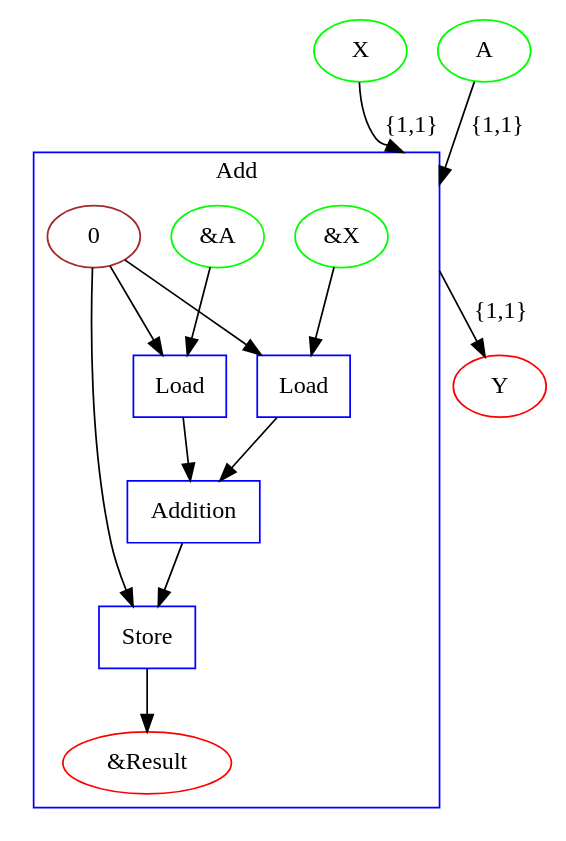
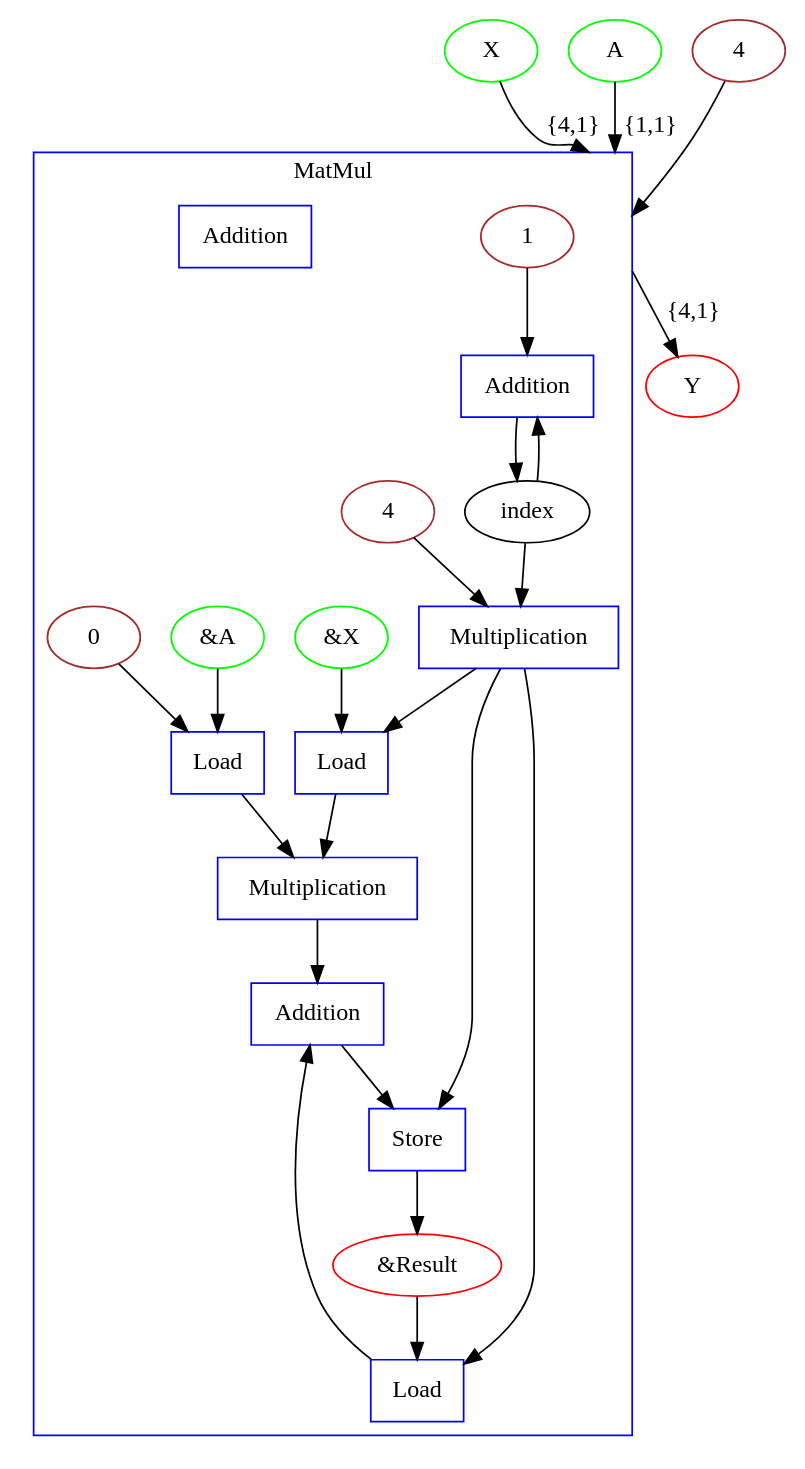
One commit to specs-feup/onnx-flow changed the diagram in graph.dot. Above: the diagram before and after it, drawn with Graphviz. The commit also changed 12 other files, not shown here.

Commit message:
Started to use the loop index instead of k to access the tensors memory positions in some optimizations

```diff
--- a/graph.dot
+++ b/graph.dot
@@ -1,31 +1,50 @@
 digraph {
   graph [compound=true];
   X [label=X shape=ellipse color="#00FF00"];
   A [label=A shape=ellipse color="#00FF00"];
   Y [label=Y shape=ellipse color="#FF0000"];
   subgraph cluster_0 {
-    graph [label=Add shape=box color="#0000FF"];
+    graph [label=MatMul shape=box color="#0000FF"];
     0 [shape=point style=invis];
+    addToIndexNode_0 [label=1 shape=ellipse color="#A52A2A"];
+    Index_0 [label=index shape=ellipse];
+    displacementInMemory_0 [label=4 shape=ellipse color="#A52A2A"];
+    Index0_0 [label=Multiplication shape=box color="#0000FF"];
+    Index1_0 [label=0 shape=ellipse color="#A52A2A"];
     X_0 [label="&X" shape=ellipse color="#00FF00"];
     A_0 [label="&A" shape=ellipse color="#00FF00"];
-    Add_0 [label="&Result" shape=ellipse color="#FF0000"];
+    MatMul_0 [label="&Result" shape=ellipse color="#FF0000"];
+    Multiplication4_0 [label=Multiplication shape=box color="#0000FF"];
+    Addition2_0 [label=Addition shape=box color="#0000FF"];
+    Addition8_0 [label=Addition shape=box color="#0000FF"];
+    Addition9_0 [label=Addition shape=box color="#0000FF"];
     Load0_0 [label=Load shape=box color="#0000FF"];
     Load1_0 [label=Load shape=box color="#0000FF"];
-    Addition_0 [label=Addition shape=box color="#0000FF"];
-    zero_offset_0 [label=0 shape=ellipse color="#A52A2A"];
+    Load2_0 [label=Load shape=box color="#0000FF"];
     Store_0 [label=Store shape=box color="#0000FF"];
   }
 
-  X -> 0 [label="{1,1}" lhead=cluster_0];
+  Loop_iterations_0 [label=4 shape=ellipse color="#A52A2A"];
+  X -> 0 [label="{4,1}" lhead=cluster_0];
   A -> 0 [label="{1,1}" lhead=cluster_0];
-  0 -> Y [label="{1,1}" ltail=cluster_0];
+  0 -> Y [label="{4,1}" ltail=cluster_0];
+  Loop_iterations_0 -> 0 [lhead=cluster_0];
+  Index_0 -> Index0_0;
+  displacementInMemory_0 -> Index0_0;
   X_0 -> Load0_0;
-  zero_offset_0 -> Load0_0;
+  Index0_0 -> Load0_0;
   A_0 -> Load1_0;
-  zero_offset_0 -> Load1_0;
-  Load0_0 -> Addition_0;
-  Load1_0 -> Addition_0;
-  zero_offset_0 -> Store_0;
-  Addition_0 -> Store_0;
-  Store_0 -> Add_0;
+  Index1_0 -> Load1_0;
+  Load0_0 -> Multiplication4_0;
+  Load1_0 -> Multiplication4_0;
+  MatMul_0 -> Load2_0;
+  Index0_0 -> Load2_0;
+  Load2_0 -> Addition2_0;
+  Multiplication4_0 -> Addition2_0;
+  Index0_0 -> Store_0;
+  Addition2_0 -> Store_0;
+  Store_0 -> MatMul_0;
+  Index_0 -> Addition8_0;
+  addToIndexNode_0 -> Addition8_0;
+  Addition8_0 -> Index_0;
 }
```
